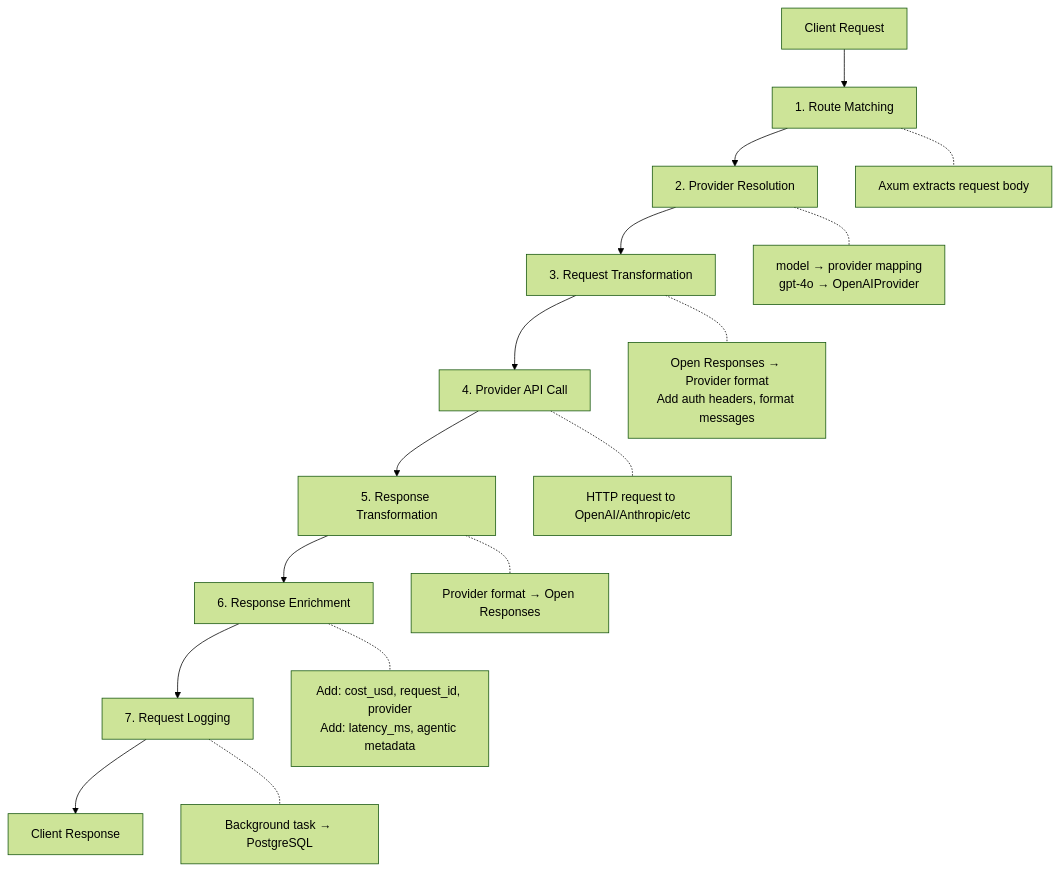
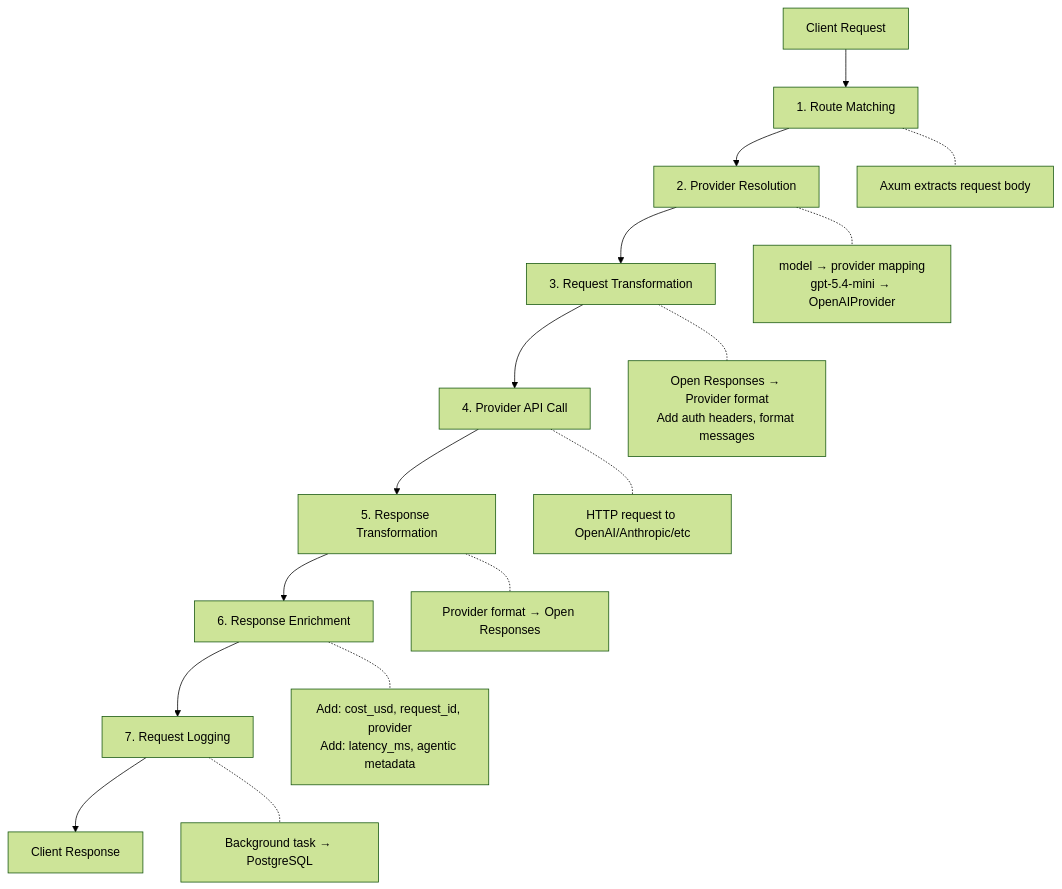
One commit to UmaiTech/aura-llm-gateway changed the ninth of 13 diagrams in docs/architecture/overview.md. Above: the diagram before and after it, drawn with Mermaid (forest theme). The commit also changed other lines of this file and 30 other files, not shown here.

````diff
--- a/docs/architecture/overview.md
+++ b/docs/architecture/overview.md
@@ -400,19 +400,19 @@
 ```mermaid
 flowchart TD
     A[Client Request] --> B[1. Route Matching]
     B --> C[2. Provider Resolution]
     C --> D[3. Request Transformation]
     D --> E[4. Provider API Call]
     E --> F[5. Response Transformation]
     F --> G[6. Response Enrichment]
     G --> H[7. Request Logging]
     H --> I[Client Response]
 
     B -.- B1["Axum extracts request body"]
-    C -.- C1["model → provider mapping<br/>gpt-4o → OpenAIProvider"]
+    C -.- C1["model → provider mapping<br/>gpt-5.4-mini → OpenAIProvider"]
     D -.- D1["Open Responses → Provider format<br/>Add auth headers, format messages"]
     E -.- E1["HTTP request to OpenAI/Anthropic/etc"]
     F -.- F1["Provider format → Open Responses"]
     G -.- G1["Add: cost_usd, request_id, provider<br/>Add: latency_ms, agentic metadata"]
     H -.- H1["Background task → PostgreSQL"]
 ```
````
